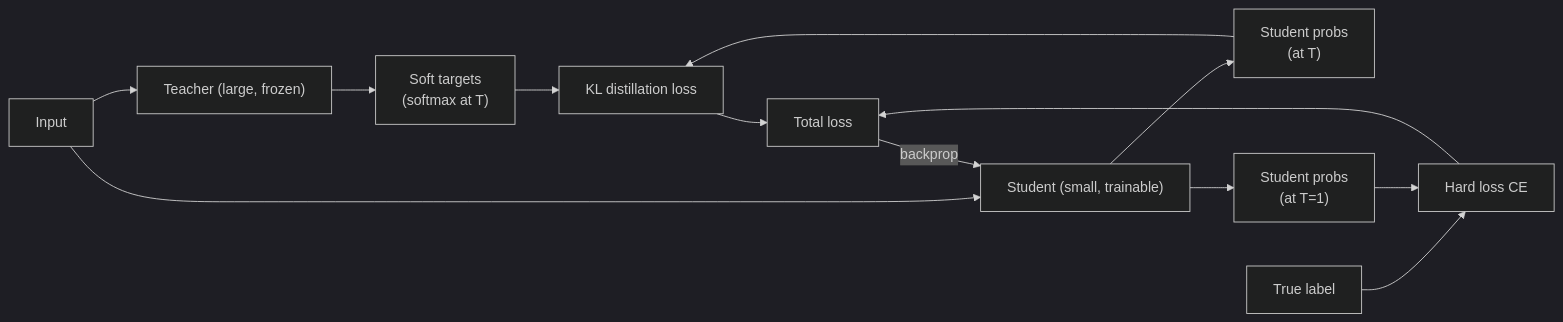
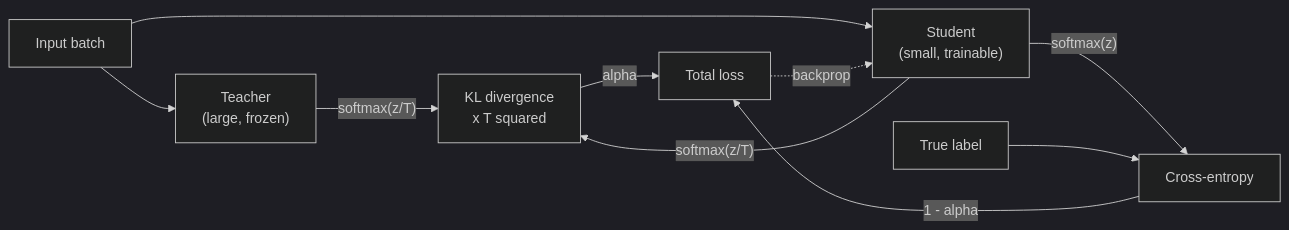
The third of 6 diagrams in github-pages/docs/ai-ml/model-compression.md (AndrewAltimit/Documentation), drawn with Mermaid (dark theme) before and after one commit. The commit also changed other lines of this file and 240 other files, not shown here.

````diff
--- a/github-pages/docs/ai-ml/model-compression.md
+++ b/github-pages/docs/ai-ml/model-compression.md
@@ -152,15 +141,12 @@
 ```mermaid
 flowchart LR
-    X["Input"] --> Teacher["Teacher (large, frozen)"]
-    X --> Student["Student (small, trainable)"]
-    Teacher --> TS["Soft targets<br/>(softmax at T)"]
-    Student --> SS["Student probs<br/>(at T)"]
-    Student --> SH["Student probs<br/>(at T=1)"]
-    Y["True label"] --> HL["Hard loss CE"]
-    SH --> HL
-    TS --> KL["KL distillation loss"]
-    SS --> KL
-    HL --> Loss["Total loss"]
-    KL --> Loss
-    Loss -->|backprop| Student
+    X["Input batch"] --> Teacher["Teacher<br/>(large, frozen)"]
+    X --> Student["Student<br/>(small, trainable)"]
+    Teacher -->|"softmax(z/T)"| KL["KL divergence<br/>x T squared"]
+    Student -->|"softmax(z/T)"| KL
+    Student -->|"softmax(z)"| CE["Cross-entropy"]
+    Y["True label"] --> CE
+    KL -->|"alpha"| Loss["Total loss"]
+    CE -->|"1 - alpha"| Loss
+    Loss -.->|backprop| Student
 ```
````
